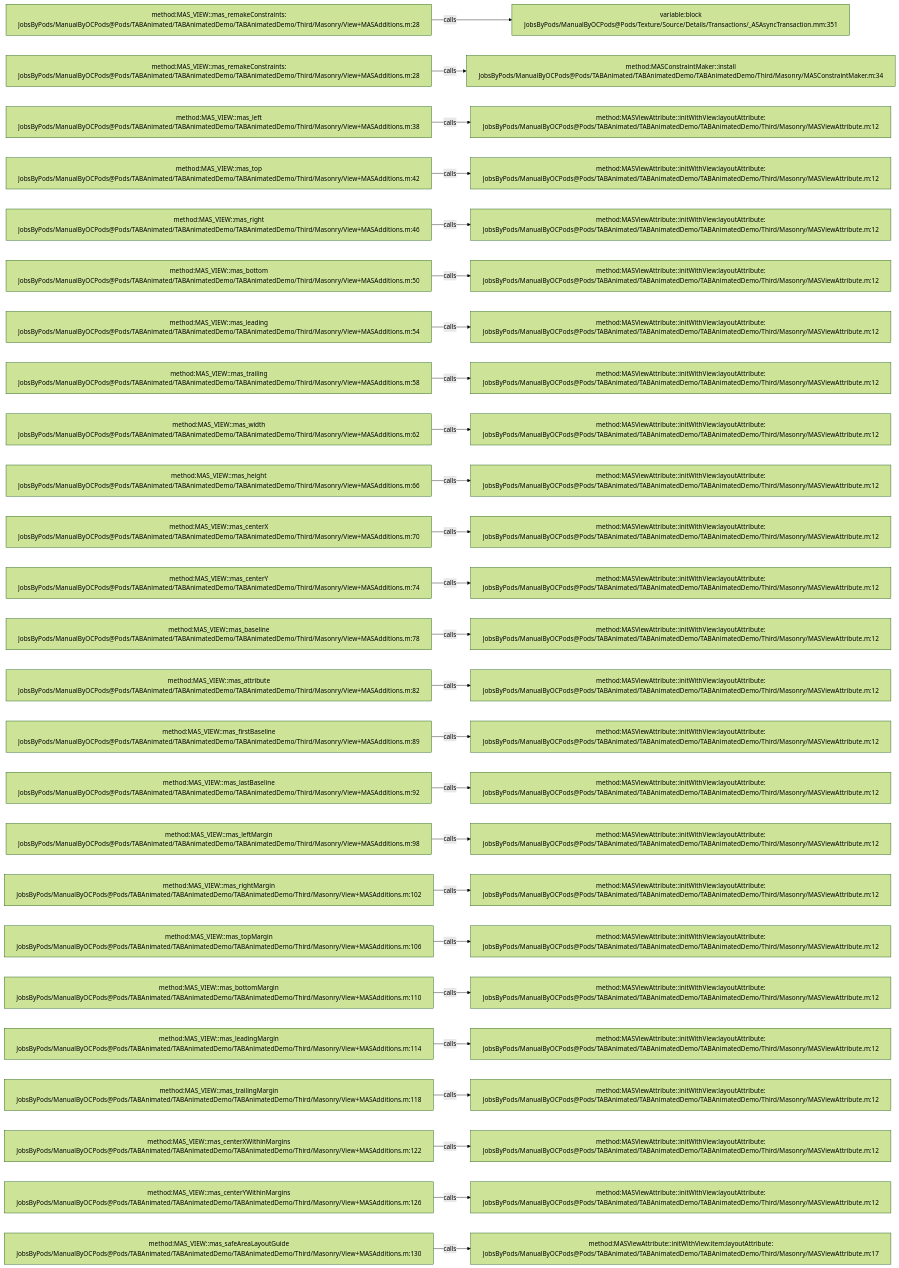
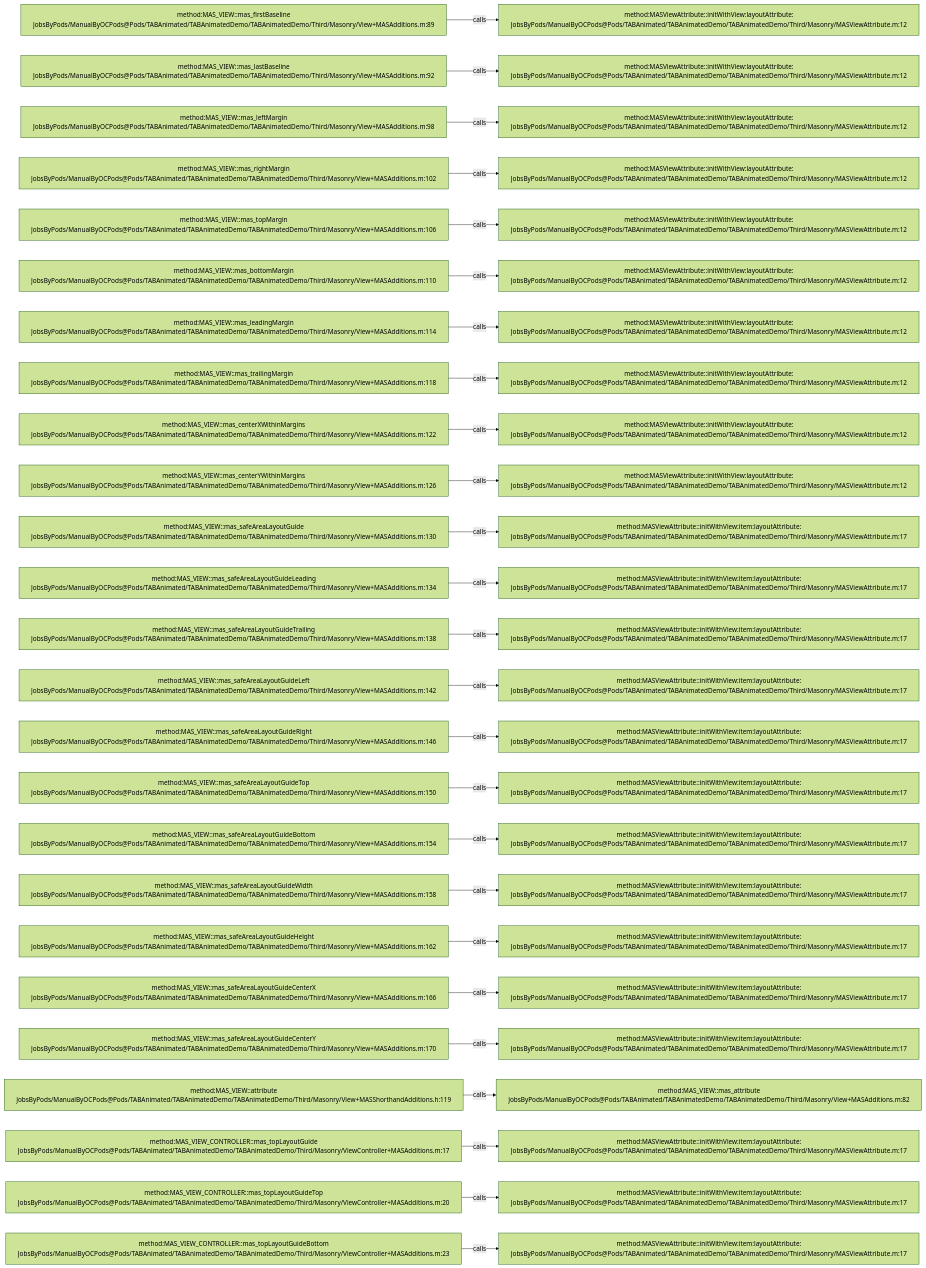
One commit to JobsKits/JobsOCBaseConfigDemo changed the diagram in .codegraph/codegraph.md/graphs/calls-048.md. Above: the diagram before and after it, drawn with Mermaid (forest theme). The commit also changed 296 other files, not shown here.

````diff
--- a/.codegraph/codegraph.md/graphs/calls-048.md
+++ b/.codegraph/codegraph.md/graphs/calls-048.md
@@ -13,78 +13,78 @@
 ```mermaid
 flowchart LR
-  S1["method:MAS_VIEW::mas_remakeConstraints:<br/>JobsByPods/ManualByOCPods@Pods/TABAnimated/TABAnimatedDemo/TABAnimatedDemo/Third/Masonry/View+MASAdditions.m:28"]
-  T1["variable:block<br/>JobsByPods/ManualByOCPods@Pods/Texture/Source/Details/Transactions/_ASAsyncTransaction.mm:351"]
+  S1["method:MAS_VIEW::mas_firstBaseline<br/>JobsByPods/ManualByOCPods@Pods/TABAnimated/TABAnimatedDemo/TABAnimatedDemo/Third/Masonry/View+MASAdditions.m:89"]
+  T1["method:MASViewAttribute::initWithView:layoutAttribute:<br/>JobsByPods/ManualByOCPods@Pods/TABAnimated/TABAnimatedDemo/TABAnimatedDemo/Third/Masonry/MASViewAttribute.m:12"]
   S1 -->|calls| T1
-  S2["method:MAS_VIEW::mas_remakeConstraints:<br/>JobsByPods/ManualByOCPods@Pods/TABAnimated/TABAnimatedDemo/TABAnimatedDemo/Third/Masonry/View+MASAdditions.m:28"]
-  T2["method:MASConstraintMaker::install<br/>JobsByPods/ManualByOCPods@Pods/TABAnimated/TABAnimatedDemo/TABAnimatedDemo/Third/Masonry/MASConstraintMaker.m:34"]
+  S2["method:MAS_VIEW::mas_lastBaseline<br/>JobsByPods/ManualByOCPods@Pods/TABAnimated/TABAnimatedDemo/TABAnimatedDemo/Third/Masonry/View+MASAdditions.m:92"]
+  T2["method:MASViewAttribute::initWithView:layoutAttribute:<br/>JobsByPods/ManualByOCPods@Pods/TABAnimated/TABAnimatedDemo/TABAnimatedDemo/Third/Masonry/MASViewAttribute.m:12"]
   S2 -->|calls| T2
-  S3["method:MAS_VIEW::mas_left<br/>JobsByPods/ManualByOCPods@Pods/TABAnimated/TABAnimatedDemo/TABAnimatedDemo/Third/Masonry/View+MASAdditions.m:38"]
+  S3["method:MAS_VIEW::mas_leftMargin<br/>JobsByPods/ManualByOCPods@Pods/TABAnimated/TABAnimatedDemo/TABAnimatedDemo/Third/Masonry/View+MASAdditions.m:98"]
   T3["method:MASViewAttribute::initWithView:layoutAttribute:<br/>JobsByPods/ManualByOCPods@Pods/TABAnimated/TABAnimatedDemo/TABAnimatedDemo/Third/Masonry/MASViewAttribute.m:12"]
   S3 -->|calls| T3
-  S4["method:MAS_VIEW::mas_top<br/>JobsByPods/ManualByOCPods@Pods/TABAnimated/TABAnimatedDemo/TABAnimatedDemo/Third/Masonry/View+MASAdditions.m:42"]
+  S4["method:MAS_VIEW::mas_rightMargin<br/>JobsByPods/ManualByOCPods@Pods/TABAnimated/TABAnimatedDemo/TABAnimatedDemo/Third/Masonry/View+MASAdditions.m:102"]
   T4["method:MASViewAttribute::initWithView:layoutAttribute:<br/>JobsByPods/ManualByOCPods@Pods/TABAnimated/TABAnimatedDemo/TABAnimatedDemo/Third/Masonry/MASViewAttribute.m:12"]
   S4 -->|calls| T4
-  S5["method:MAS_VIEW::mas_right<br/>JobsByPods/ManualByOCPods@Pods/TABAnimated/TABAnimatedDemo/TABAnimatedDemo/Third/Masonry/View+MASAdditions.m:46"]
+  S5["method:MAS_VIEW::mas_topMargin<br/>JobsByPods/ManualByOCPods@Pods/TABAnimated/TABAnimatedDemo/TABAnimatedDemo/Third/Masonry/View+MASAdditions.m:106"]
   T5["method:MASViewAttribute::initWithView:layoutAttribute:<br/>JobsByPods/ManualByOCPods@Pods/TABAnimated/TABAnimatedDemo/TABAnimatedDemo/Third/Masonry/MASViewAttribute.m:12"]
   S5 -->|calls| T5
-  S6["method:MAS_VIEW::mas_bottom<br/>JobsByPods/ManualByOCPods@Pods/TABAnimated/TABAnimatedDemo/TABAnimatedDemo/Third/Masonry/View+MASAdditions.m:50"]
+  S6["method:MAS_VIEW::mas_bottomMargin<br/>JobsByPods/ManualByOCPods@Pods/TABAnimated/TABAnimatedDemo/TABAnimatedDemo/Third/Masonry/View+MASAdditions.m:110"]
   T6["method:MASViewAttribute::initWithView:layoutAttribute:<br/>JobsByPods/ManualByOCPods@Pods/TABAnimated/TABAnimatedDemo/TABAnimatedDemo/Third/Masonry/MASViewAttribute.m:12"]
   S6 -->|calls| T6
-  S7["method:MAS_VIEW::mas_leading<br/>JobsByPods/ManualByOCPods@Pods/TABAnimated/TABAnimatedDemo/TABAnimatedDemo/Third/Masonry/View+MASAdditions.m:54"]
+  S7["method:MAS_VIEW::mas_leadingMargin<br/>JobsByPods/ManualByOCPods@Pods/TABAnimated/TABAnimatedDemo/TABAnimatedDemo/Third/Masonry/View+MASAdditions.m:114"]
   T7["method:MASViewAttribute::initWithView:layoutAttribute:<br/>JobsByPods/ManualByOCPods@Pods/TABAnimated/TABAnimatedDemo/TABAnimatedDemo/Third/Masonry/MASViewAttribute.m:12"]
   S7 -->|calls| T7
-  S8["method:MAS_VIEW::mas_trailing<br/>JobsByPods/ManualByOCPods@Pods/TABAnimated/TABAnimatedDemo/TABAnimatedDemo/Third/Masonry/View+MASAdditions.m:58"]
+  S8["method:MAS_VIEW::mas_trailingMargin<br/>JobsByPods/ManualByOCPods@Pods/TABAnimated/TABAnimatedDemo/TABAnimatedDemo/Third/Masonry/View+MASAdditions.m:118"]
   T8["method:MASViewAttribute::initWithView:layoutAttribute:<br/>JobsByPods/ManualByOCPods@Pods/TABAnimated/TABAnimatedDemo/TABAnimatedDemo/Third/Masonry/MASViewAttribute.m:12"]
   S8 -->|calls| T8
-  S9["method:MAS_VIEW::mas_width<br/>JobsByPods/ManualByOCPods@Pods/TABAnimated/TABAnimatedDemo/TABAnimatedDemo/Third/Masonry/View+MASAdditions.m:62"]
+  S9["method:MAS_VIEW::mas_centerXWithinMargins<br/>JobsByPods/ManualByOCPods@Pods/TABAnimated/TABAnimatedDemo/TABAnimatedDemo/Third/Masonry/View+MASAdditions.m:122"]
   T9["method:MASViewAttribute::initWithView:layoutAttribute:<br/>JobsByPods/ManualByOCPods@Pods/TABAnimated/TABAnimatedDemo/TABAnimatedDemo/Third/Masonry/MASViewAttribute.m:12"]
   S9 -->|calls| T9
-  S10["method:MAS_VIEW::mas_height<br/>JobsByPods/ManualByOCPods@Pods/TABAnimated/TABAnimatedDemo/TABAnimatedDemo/Third/Masonry/View+MASAdditions.m:66"]
+  S10["method:MAS_VIEW::mas_centerYWithinMargins<br/>JobsByPods/ManualByOCPods@Pods/TABAnimated/TABAnimatedDemo/TABAnimatedDemo/Third/Masonry/View+MASAdditions.m:126"]
   T10["method:MASViewAttribute::initWithView:layoutAttribute:<br/>JobsByPods/ManualByOCPods@Pods/TABAnimated/TABAnimatedDemo/TABAnimatedDemo/Third/Masonry/MASViewAttribute.m:12"]
   S10 -->|calls| T10
-  S11["method:MAS_VIEW::mas_centerX<br/>JobsByPods/ManualByOCPods@Pods/TABAnimated/TABAnimatedDemo/TABAnimatedDemo/Third/Masonry/View+MASAdditions.m:70"]
-  T11["method:MASViewAttribute::initWithView:layoutAttribute:<br/>JobsByPods/ManualByOCPods@Pods/TABAnimated/TABAnimatedDemo/TABAnimatedDemo/Third/Masonry/MASViewAttribute.m:12"]
+  S11["method:MAS_VIEW::mas_safeAreaLayoutGuide<br/>JobsByPods/ManualByOCPods@Pods/TABAnimated/TABAnimatedDemo/TABAnimatedDemo/Third/Masonry/View+MASAdditions.m:130"]
+  T11["method:MASViewAttribute::initWithView:item:layoutAttribute:<br/>JobsByPods/ManualByOCPods@Pods/TABAnimated/TABAnimatedDemo/TABAnimatedDemo/Third/Masonry/MASViewAttribute.m:17"]
   S11 -->|calls| T11
-  S12["method:MAS_VIEW::mas_centerY<br/>JobsByPods/ManualByOCPods@Pods/TABAnimated/TABAnimatedDemo/TABAnimatedDemo/Third/Masonry/View+MASAdditions.m:74"]
-  T12["method:MASViewAttribute::initWithView:layoutAttribute:<br/>JobsByPods/ManualByOCPods@Pods/TABAnimated/TABAnimatedDemo/TABAnimatedDemo/Third/Masonry/MASViewAttribute.m:12"]
+  S12["method:MAS_VIEW::mas_safeAreaLayoutGuideLeading<br/>JobsByPods/ManualByOCPods@Pods/TABAnimated/TABAnimatedDemo/TABAnimatedDemo/Third/Masonry/View+MASAdditions.m:134"]
+  T12["method:MASViewAttribute::initWithView:item:layoutAttribute:<br/>JobsByPods/ManualByOCPods@Pods/TABAnimated/TABAnimatedDemo/TABAnimatedDemo/Third/Masonry/MASViewAttribute.m:17"]
   S12 -->|calls| T12
-  S13["method:MAS_VIEW::mas_baseline<br/>JobsByPods/ManualByOCPods@Pods/TABAnimated/TABAnimatedDemo/TABAnimatedDemo/Third/Masonry/View+MASAdditions.m:78"]
-  T13["method:MASViewAttribute::initWithView:layoutAttribute:<br/>JobsByPods/ManualByOCPods@Pods/TABAnimated/TABAnimatedDemo/TABAnimatedDemo/Third/Masonry/MASViewAttribute.m:12"]
+  S13["method:MAS_VIEW::mas_safeAreaLayoutGuideTrailing<br/>JobsByPods/ManualByOCPods@Pods/TABAnimated/TABAnimatedDemo/TABAnimatedDemo/Third/Masonry/View+MASAdditions.m:138"]
+  T13["method:MASViewAttribute::initWithView:item:layoutAttribute:<br/>JobsByPods/ManualByOCPods@Pods/TABAnimated/TABAnimatedDemo/TABAnimatedDemo/Third/Masonry/MASViewAttribute.m:17"]
   S13 -->|calls| T13
-  S14["method:MAS_VIEW::mas_attribute<br/>JobsByPods/ManualByOCPods@Pods/TABAnimated/TABAnimatedDemo/TABAnimatedDemo/Third/Masonry/View+MASAdditions.m:82"]
-  T14["method:MASViewAttribute::initWithView:layoutAttribute:<br/>JobsByPods/ManualByOCPods@Pods/TABAnimated/TABAnimatedDemo/TABAnimatedDemo/Third/Masonry/MASViewAttribute.m:12"]
+  S14["method:MAS_VIEW::mas_safeAreaLayoutGuideLeft<br/>JobsByPods/ManualByOCPods@Pods/TABAnimated/TABAnimatedDemo/TABAnimatedDemo/Third/Masonry/View+MASAdditions.m:142"]
+  T14["method:MASViewAttribute::initWithView:item:layoutAttribute:<br/>JobsByPods/ManualByOCPods@Pods/TABAnimated/TABAnimatedDemo/TABAnimatedDemo/Third/Masonry/MASViewAttribute.m:17"]
   S14 -->|calls| T14
-  S15["method:MAS_VIEW::mas_firstBaseline<br/>JobsByPods/ManualByOCPods@Pods/TABAnimated/TABAnimatedDemo/TABAnimatedDemo/Third/Masonry/View+MASAdditions.m:89"]
-  T15["method:MASViewAttribute::initWithView:layoutAttribute:<br/>JobsByPods/ManualByOCPods@Pods/TABAnimated/TABAnimatedDemo/TABAnimatedDemo/Third/Masonry/MASViewAttribute.m:12"]
+  S15["method:MAS_VIEW::mas_safeAreaLayoutGuideRight<br/>JobsByPods/ManualByOCPods@Pods/TABAnimated/TABAnimatedDemo/TABAnimatedDemo/Third/Masonry/View+MASAdditions.m:146"]
+  T15["method:MASViewAttribute::initWithView:item:layoutAttribute:<br/>JobsByPods/ManualByOCPods@Pods/TABAnimated/TABAnimatedDemo/TABAnimatedDemo/Third/Masonry/MASViewAttribute.m:17"]
   S15 -->|calls| T15
-  S16["method:MAS_VIEW::mas_lastBaseline<br/>JobsByPods/ManualByOCPods@Pods/TABAnimated/TABAnimatedDemo/TABAnimatedDemo/Third/Masonry/View+MASAdditions.m:92"]
-  T16["method:MASViewAttribute::initWithView:layoutAttribute:<br/>JobsByPods/ManualByOCPods@Pods/TABAnimated/TABAnimatedDemo/TABAnimatedDemo/Third/Masonry/MASViewAttribute.m:12"]
+  S16["method:MAS_VIEW::mas_safeAreaLayoutGuideTop<br/>JobsByPods/ManualByOCPods@Pods/TABAnimated/TABAnimatedDemo/TABAnimatedDemo/Third/Masonry/View+MASAdditions.m:150"]
+  T16["method:MASViewAttribute::initWithView:item:layoutAttribute:<br/>JobsByPods/ManualByOCPods@Pods/TABAnimated/TABAnimatedDemo/TABAnimatedDemo/Third/Masonry/MASViewAttribute.m:17"]
   S16 -->|calls| T16
-  S17["method:MAS_VIEW::mas_leftMargin<br/>JobsByPods/ManualByOCPods@Pods/TABAnimated/TABAnimatedDemo/TABAnimatedDemo/Third/Masonry/View+MASAdditions.m:98"]
-  T17["method:MASViewAttribute::initWithView:layoutAttribute:<br/>JobsByPods/ManualByOCPods@Pods/TABAnimated/TABAnimatedDemo/TABAnimatedDemo/Third/Masonry/MASViewAttribute.m:12"]
+  S17["method:MAS_VIEW::mas_safeAreaLayoutGuideBottom<br/>JobsByPods/ManualByOCPods@Pods/TABAnimated/TABAnimatedDemo/TABAnimatedDemo/Third/Masonry/View+MASAdditions.m:154"]
+  T17["method:MASViewAttribute::initWithView:item:layoutAttribute:<br/>JobsByPods/ManualByOCPods@Pods/TABAnimated/TABAnimatedDemo/TABAnimatedDemo/Third/Masonry/MASViewAttribute.m:17"]
   S17 -->|calls| T17
-  S18["method:MAS_VIEW::mas_rightMargin<br/>JobsByPods/ManualByOCPods@Pods/TABAnimated/TABAnimatedDemo/TABAnimatedDemo/Third/Masonry/View+MASAdditions.m:102"]
-  T18["method:MASViewAttribute::initWithView:layoutAttribute:<br/>JobsByPods/ManualByOCPods@Pods/TABAnimated/TABAnimatedDemo/TABAnimatedDemo/Third/Masonry/MASViewAttribute.m:12"]
+  S18["method:MAS_VIEW::mas_safeAreaLayoutGuideWidth<br/>JobsByPods/ManualByOCPods@Pods/TABAnimated/TABAnimatedDemo/TABAnimatedDemo/Third/Masonry/View+MASAdditions.m:158"]
+  T18["method:MASViewAttribute::initWithView:item:layoutAttribute:<br/>JobsByPods/ManualByOCPods@Pods/TABAnimated/TABAnimatedDemo/TABAnimatedDemo/Third/Masonry/MASViewAttribute.m:17"]
   S18 -->|calls| T18
-  S19["method:MAS_VIEW::mas_topMargin<br/>JobsByPods/ManualByOCPods@Pods/TABAnimated/TABAnimatedDemo/TABAnimatedDemo/Third/Masonry/View+MASAdditions.m:106"]
-  T19["method:MASViewAttribute::initWithView:layoutAttribute:<br/>JobsByPods/ManualByOCPods@Pods/TABAnimated/TABAnimatedDemo/TABAnimatedDemo/Third/Masonry/MASViewAttribute.m:12"]
+  S19["method:MAS_VIEW::mas_safeAreaLayoutGuideHeight<br/>JobsByPods/ManualByOCPods@Pods/TABAnimated/TABAnimatedDemo/TABAnimatedDemo/Third/Masonry/View+MASAdditions.m:162"]
+  T19["method:MASViewAttribute::initWithView:item:layoutAttribute:<br/>JobsByPods/ManualByOCPods@Pods/TABAnimated/TABAnimatedDemo/TABAnimatedDemo/Third/Masonry/MASViewAttribute.m:17"]
   S19 -->|calls| T19
-  S20["method:MAS_VIEW::mas_bottomMargin<br/>JobsByPods/ManualByOCPods@Pods/TABAnimated/TABAnimatedDemo/TABAnimatedDemo/Third/Masonry/View+MASAdditions.m:110"]
-  T20["method:MASViewAttribute::initWithView:layoutAttribute:<br/>JobsByPods/ManualByOCPods@Pods/TABAnimated/TABAnimatedDemo/TABAnimatedDemo/Third/Masonry/MASViewAttribute.m:12"]
+  S20["method:MAS_VIEW::mas_safeAreaLayoutGuideCenterX<br/>JobsByPods/ManualByOCPods@Pods/TABAnimated/TABAnimatedDemo/TABAnimatedDemo/Third/Masonry/View+MASAdditions.m:166"]
+  T20["method:MASViewAttribute::initWithView:item:layoutAttribute:<br/>JobsByPods/ManualByOCPods@Pods/TABAnimated/TABAnimatedDemo/TABAnimatedDemo/Third/Masonry/MASViewAttribute.m:17"]
   S20 -->|calls| T20
-  S21["method:MAS_VIEW::mas_leadingMargin<br/>JobsByPods/ManualByOCPods@Pods/TABAnimated/TABAnimatedDemo/TABAnimatedDemo/Third/Masonry/View+MASAdditions.m:114"]
-  T21["method:MASViewAttribute::initWithView:layoutAttribute:<br/>JobsByPods/ManualByOCPods@Pods/TABAnimated/TABAnimatedDemo/TABAnimatedDemo/Third/Masonry/MASViewAttribute.m:12"]
+  S21["method:MAS_VIEW::mas_safeAreaLayoutGuideCenterY<br/>JobsByPods/ManualByOCPods@Pods/TABAnimated/TABAnimatedDemo/TABAnimatedDemo/Third/Masonry/View+MASAdditions.m:170"]
+  T21["method:MASViewAttribute::initWithView:item:layoutAttribute:<br/>JobsByPods/ManualByOCPods@Pods/TABAnimated/TABAnimatedDemo/TABAnimatedDemo/Third/Masonry/MASViewAttribute.m:17"]
   S21 -->|calls| T21
-  S22["method:MAS_VIEW::mas_trailingMargin<br/>JobsByPods/ManualByOCPods@Pods/TABAnimated/TABAnimatedDemo/TABAnimatedDemo/Third/Masonry/View+MASAdditions.m:118"]
-  T22["method:MASViewAttribute::initWithView:layoutAttribute:<br/>JobsByPods/ManualByOCPods@Pods/TABAnimated/TABAnimatedDemo/TABAnimatedDemo/Third/Masonry/MASViewAttribute.m:12"]
+  S22["method:MAS_VIEW::attribute<br/>JobsByPods/ManualByOCPods@Pods/TABAnimated/TABAnimatedDemo/TABAnimatedDemo/Third/Masonry/View+MASShorthandAdditions.h:119"]
+  T22["method:MAS_VIEW::mas_attribute<br/>JobsByPods/ManualByOCPods@Pods/TABAnimated/TABAnimatedDemo/TABAnimatedDemo/Third/Masonry/View+MASAdditions.m:82"]
   S22 -->|calls| T22
-  S23["method:MAS_VIEW::mas_centerXWithinMargins<br/>JobsByPods/ManualByOCPods@Pods/TABAnimated/TABAnimatedDemo/TABAnimatedDemo/Third/Masonry/View+MASAdditions.m:122"]
-  T23["method:MASViewAttribute::initWithView:layoutAttribute:<br/>JobsByPods/ManualByOCPods@Pods/TABAnimated/TABAnimatedDemo/TABAnimatedDemo/Third/Masonry/MASViewAttribute.m:12"]
+  S23["method:MAS_VIEW_CONTROLLER::mas_topLayoutGuide<br/>JobsByPods/ManualByOCPods@Pods/TABAnimated/TABAnimatedDemo/TABAnimatedDemo/Third/Masonry/ViewController+MASAdditions.m:17"]
+  T23["method:MASViewAttribute::initWithView:item:layoutAttribute:<br/>JobsByPods/ManualByOCPods@Pods/TABAnimated/TABAnimatedDemo/TABAnimatedDemo/Third/Masonry/MASViewAttribute.m:17"]
   S23 -->|calls| T23
-  S24["method:MAS_VIEW::mas_centerYWithinMargins<br/>JobsByPods/ManualByOCPods@Pods/TABAnimated/TABAnimatedDemo/TABAnimatedDemo/Third/Masonry/View+MASAdditions.m:126"]
-  T24["method:MASViewAttribute::initWithView:layoutAttribute:<br/>JobsByPods/ManualByOCPods@Pods/TABAnimated/TABAnimatedDemo/TABAnimatedDemo/Third/Masonry/MASViewAttribute.m:12"]
+  S24["method:MAS_VIEW_CONTROLLER::mas_topLayoutGuideTop<br/>JobsByPods/ManualByOCPods@Pods/TABAnimated/TABAnimatedDemo/TABAnimatedDemo/Third/Masonry/ViewController+MASAdditions.m:20"]
+  T24["method:MASViewAttribute::initWithView:item:layoutAttribute:<br/>JobsByPods/ManualByOCPods@Pods/TABAnimated/TABAnimatedDemo/TABAnimatedDemo/Third/Masonry/MASViewAttribute.m:17"]
   S24 -->|calls| T24
-  S25["method:MAS_VIEW::mas_safeAreaLayoutGuide<br/>JobsByPods/ManualByOCPods@Pods/TABAnimated/TABAnimatedDemo/TABAnimatedDemo/Third/Masonry/View+MASAdditions.m:130"]
+  S25["method:MAS_VIEW_CONTROLLER::mas_topLayoutGuideBottom<br/>JobsByPods/ManualByOCPods@Pods/TABAnimated/TABAnimatedDemo/TABAnimatedDemo/Third/Masonry/ViewController+MASAdditions.m:23"]
   T25["method:MASViewAttribute::initWithView:item:layoutAttribute:<br/>JobsByPods/ManualByOCPods@Pods/TABAnimated/TABAnimatedDemo/TABAnimatedDemo/Third/Masonry/MASViewAttribute.m:17"]
   S25 -->|calls| T25
 ```
````
